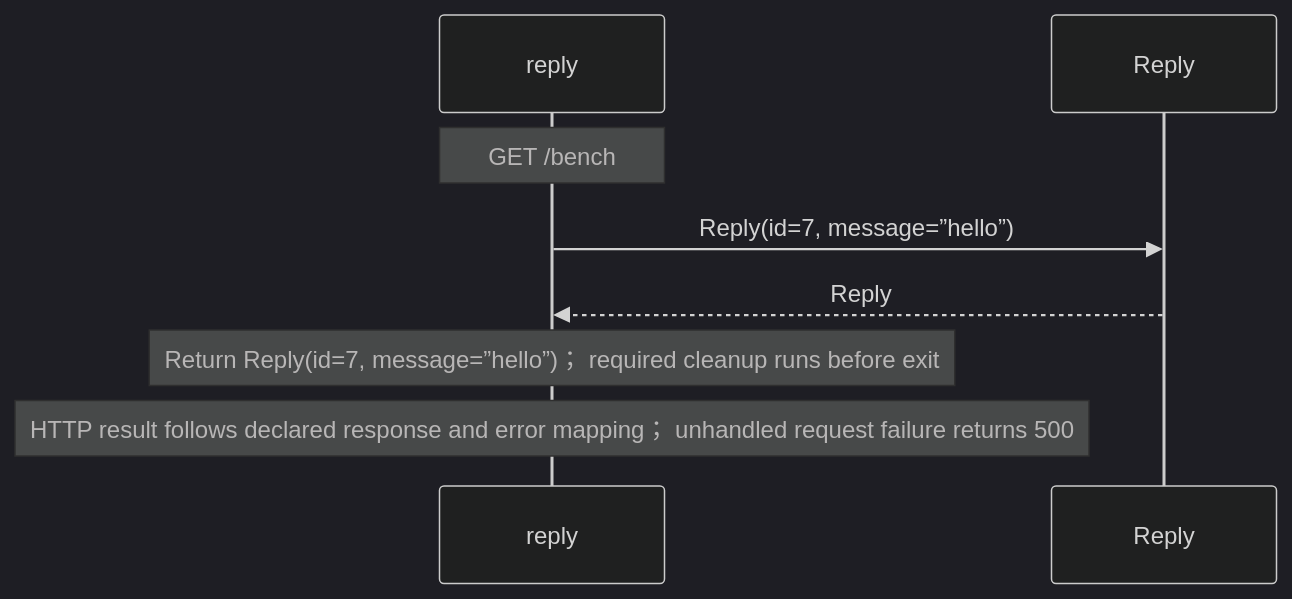
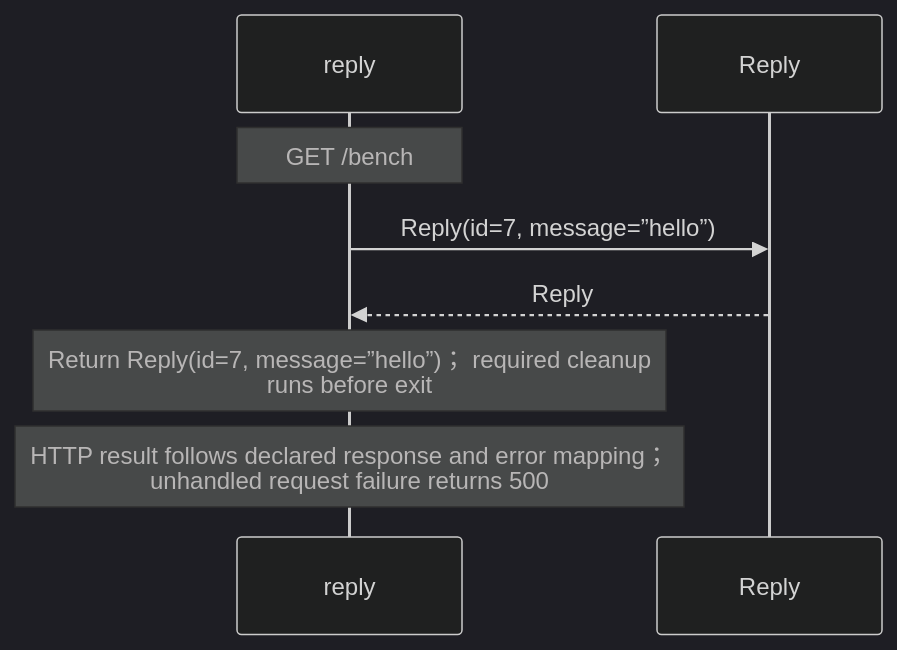
The second of 2 diagrams in benchmarks/http/routes.aug.diagrams.md (GreenPandaStudios/augscript), drawn with Mermaid (dark theme) before and after one commit. The commit also changed 200 other files, not shown here.

Commit message:
Group imported operations and wrap readable sequence messages

````diff
--- a/benchmarks/http/routes.aug.diagrams.md
+++ b/benchmarks/http/routes.aug.diagrams.md
@@ -38,10 +38,10 @@
 ```mermaid
 sequenceDiagram
     participant p0 as reply
     participant p1 as Reply
     Note over p0: GET /bench
     p0->>p1: Reply(id=7, message=”hello”)
     p1-->>p0: Reply
-    Note over p0: Return Reply(id=7, message=”hello”)； required cleanup runs before exit
-    Note over p0: HTTP result follows declared response and error mapping； unhandled request failure returns 500
+    Note over p0: Return Reply(id=7, message=”hello”)； required cleanup<br/>runs before exit
+    Note over p0: HTTP result follows declared response and error mapping；<br/>unhandled request failure returns 500
 ```
````
